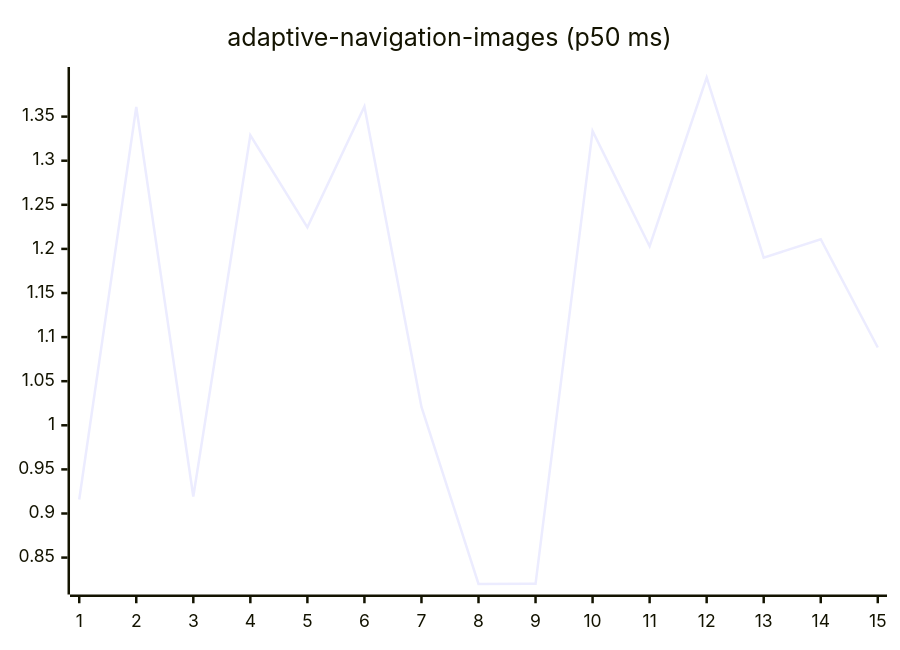
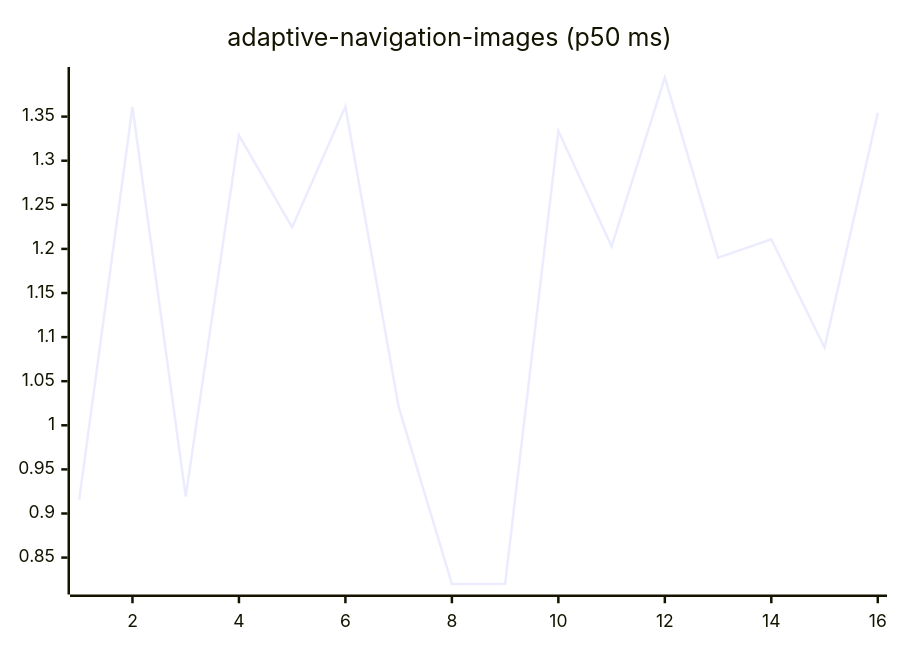
One commit to josha/Facet changed the first of 27 diagrams in README.md. Above: the diagram before and after it, drawn with Mermaid. The commit also changed other lines of this file and 2 other files, not shown here.

````diff
--- a/README.md
+++ b/README.md
@@ -63,6 +63,6 @@
 ```mermaid
 xychart-beta
     title "adaptive-navigation-images (p50 ms)"
-    x-axis 1 --> 15
-    line [0.9159, 1.3609, 0.9193, 1.3288, 1.2245, 1.3615, 1.0208, 0.8202, 0.8203, 1.3336, 1.2030, 1.3942, 1.1900, 1.2110, 1.0882]
+    x-axis 1 --> 16
+    line [0.9159, 1.3609, 0.9193, 1.3288, 1.2245, 1.3615, 1.0208, 0.8202, 0.8203, 1.3336, 1.2030, 1.3942, 1.1900, 1.2110, 1.0882, 1.3541]
 ```
````
